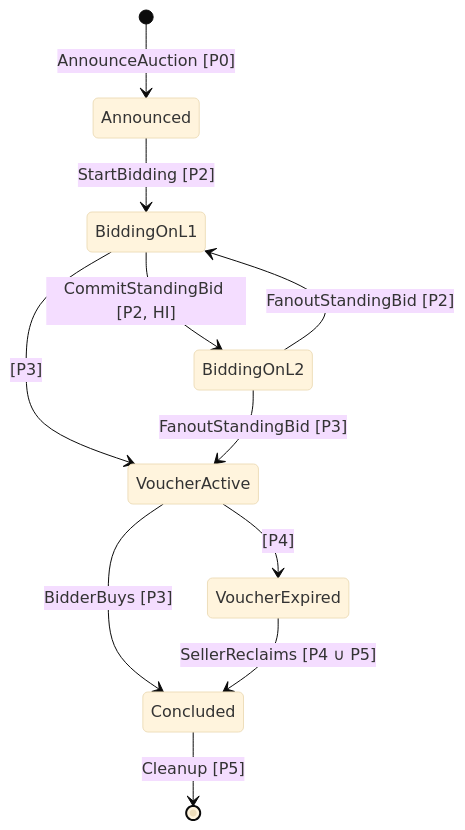
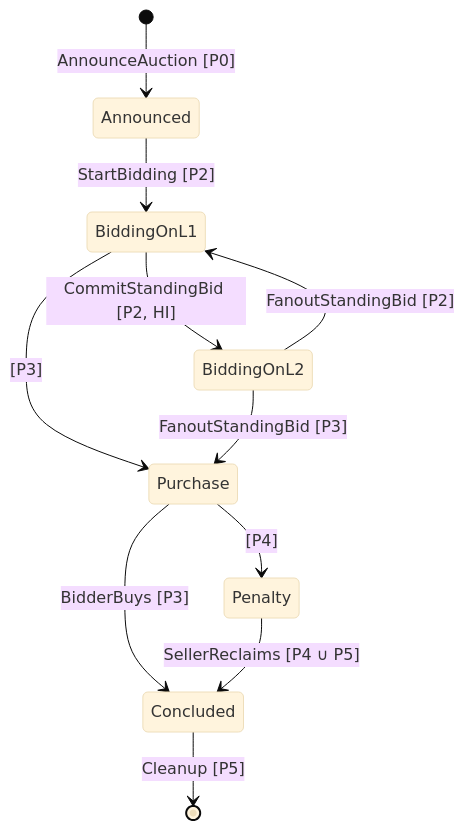
One commit to mlabs-haskell/hydra-auction changed the second of 4 diagrams in docs/domain_logic.md. Above: the diagram before and after it, drawn with Mermaid (base theme). The commit also changed other lines of this file, not shown here.

Commit message:
Rename 'voucher' in domain_logic.md

````diff
--- a/docs/domain_logic.md
+++ b/docs/domain_logic.md
@@ -179,13 +174,13 @@
 ```mermaid
 stateDiagram-v2
-  [*]               --> Announced:         AnnounceAuction [P0]
-  Announced         --> BiddingOnL1:       StartBidding [P2]
-  BiddingOnL1       --> BiddingOnL2:       CommitStandingBid [P2, HI]
-  BiddingOnL1       --> VoucherActive:     [P3]
-  BiddingOnL2       --> BiddingOnL1:       FanoutStandingBid [P2]
-  BiddingOnL2       --> VoucherActive:     FanoutStandingBid [P3]
-  VoucherActive     --> Concluded:         BidderBuys [P3]
-  VoucherActive     --> VoucherExpired:    [P4]
-  VoucherExpired    --> Concluded:         SellerReclaims [P4 ∪ P5]
-  Concluded         --> [*]:               Cleanup [P5]
+  [*]           -->   Announced:     AnnounceAuction [P0]
+  Announced     -->   BiddingOnL1:   StartBidding [P2]
+  BiddingOnL1   -->   BiddingOnL2:   CommitStandingBid [P2, HI]
+  BiddingOnL1   -->   Purchase:      [P3]
+  BiddingOnL2   -->   BiddingOnL1:   FanoutStandingBid [P2]
+  BiddingOnL2   -->   Purchase:      FanoutStandingBid [P3]
+  Purchase      -->   Concluded:     BidderBuys [P3]
+  Purchase      -->   Penalty:       [P4]
+  Penalty       -->   Concluded:     SellerReclaims [P4 ∪ P5]
+  Concluded     -->   [*]:           Cleanup [P5]
 ```
````
